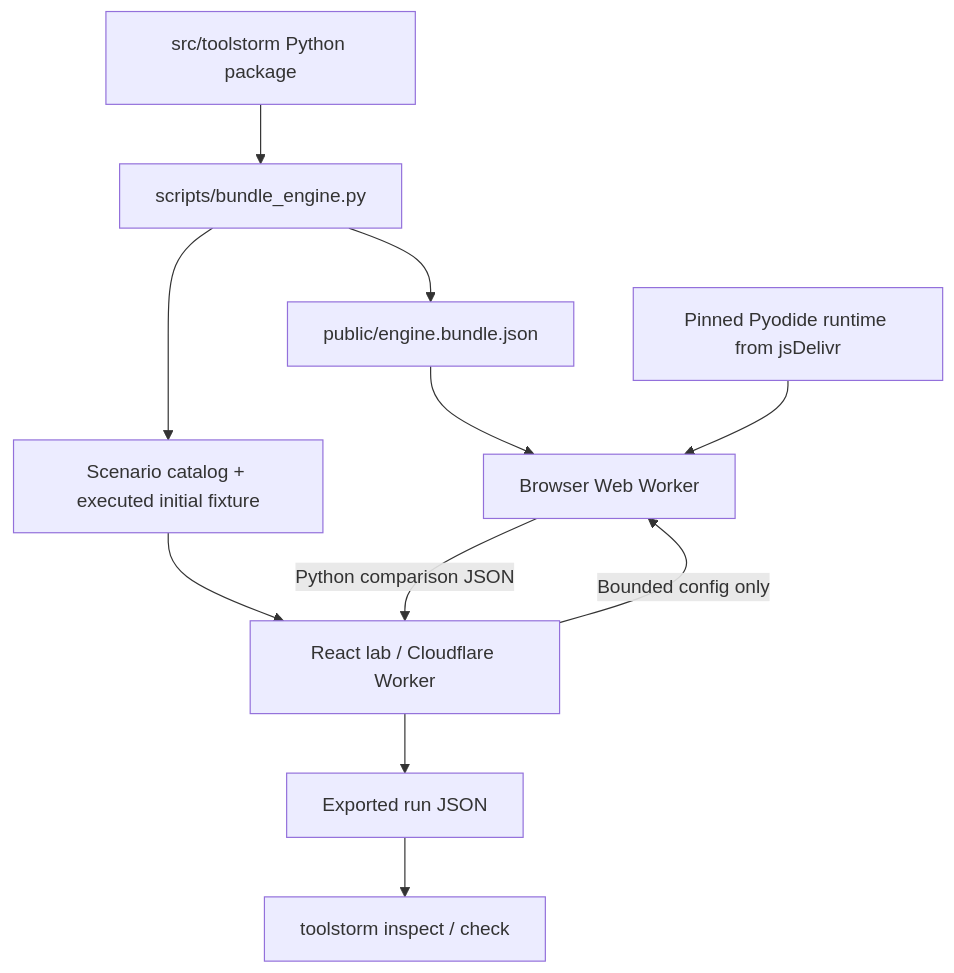
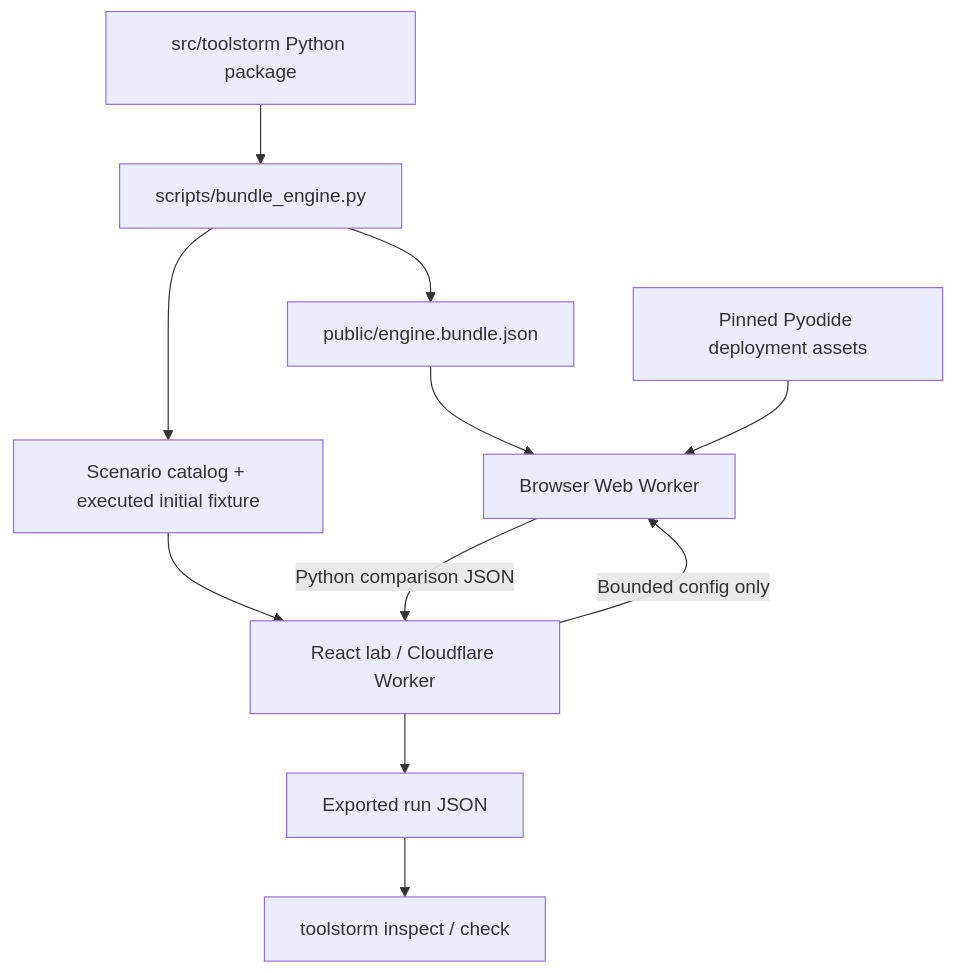
Before and after one commit to shi1720/toolstorm: the second of 2 diagrams in docs/architecture.md, drawn with Mermaid. The commit also changed other lines of this file and 20 other files, not shown here.

````diff
--- a/docs/architecture.md
+++ b/docs/architecture.md
@@ -105,13 +105,13 @@
 ```mermaid
 flowchart TB
     S[src/toolstorm Python package] --> B[scripts/bundle_engine.py]
     B --> M[public/engine.bundle.json]
     B --> C[Scenario catalog + executed initial fixture]
     C --> UI[React lab / Cloudflare Worker]
     M --> W[Browser Web Worker]
-    CDN[Pinned Pyodide runtime from jsDelivr] --> W
+    A[Pinned Pyodide deployment assets] --> W
     UI -->|Bounded config only| W
     W -->|Python comparison JSON| UI
     UI --> E[Exported run JSON]
     E --> CLI[toolstorm inspect / check]
 ```
````
